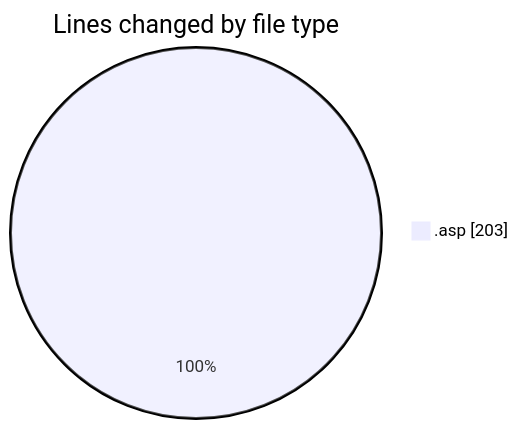
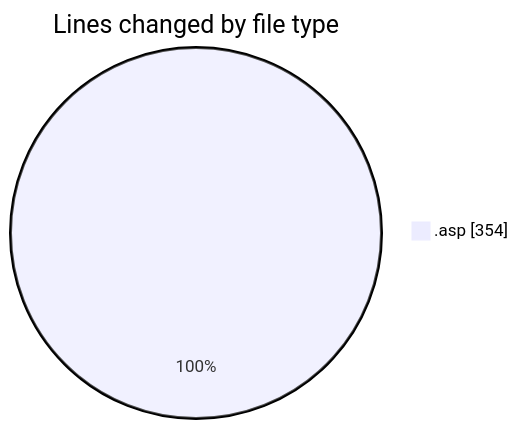
Before and after one commit to julien-gomy/code-tracking: the first of 2 diagrams in 2025-10-28/usr_aleoudev_fr__workspace_/README.md, drawn with Mermaid. The commit also changed other lines of this file and 1 other file, not shown here.

````diff
--- a/2025-10-28/usr_aleoudev_fr__workspace_/README.md
+++ b/2025-10-28/usr_aleoudev_fr__workspace_/README.md
@@ -21,5 +22,5 @@
 ```mermaid
 pie showData
 title Lines changed by file type
-".asp" : 203
+".asp" : 354
 ```
````
